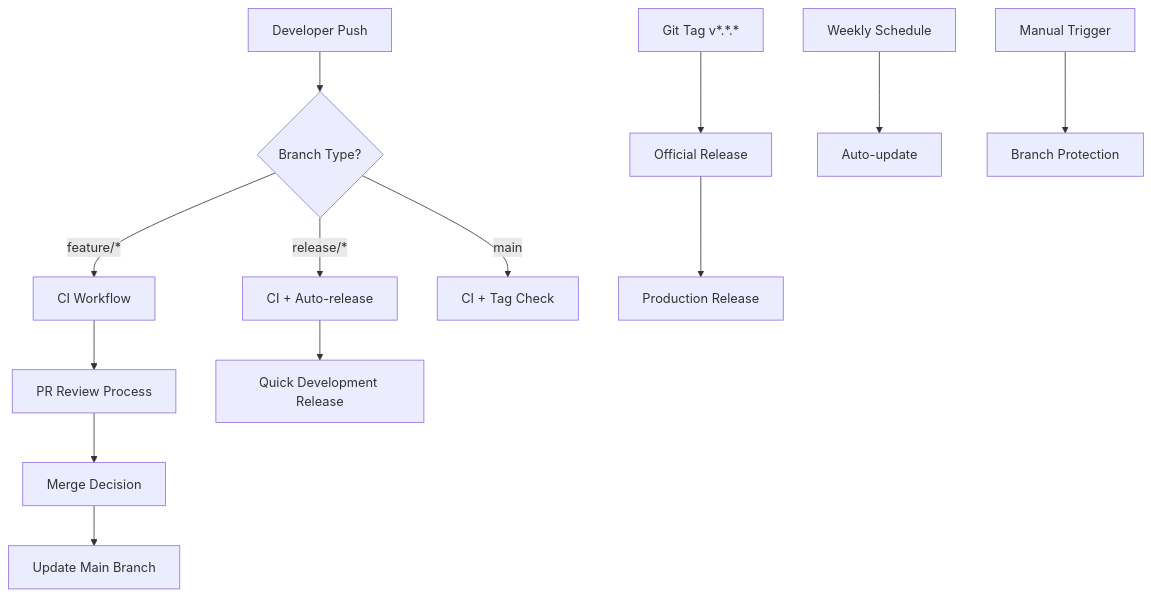
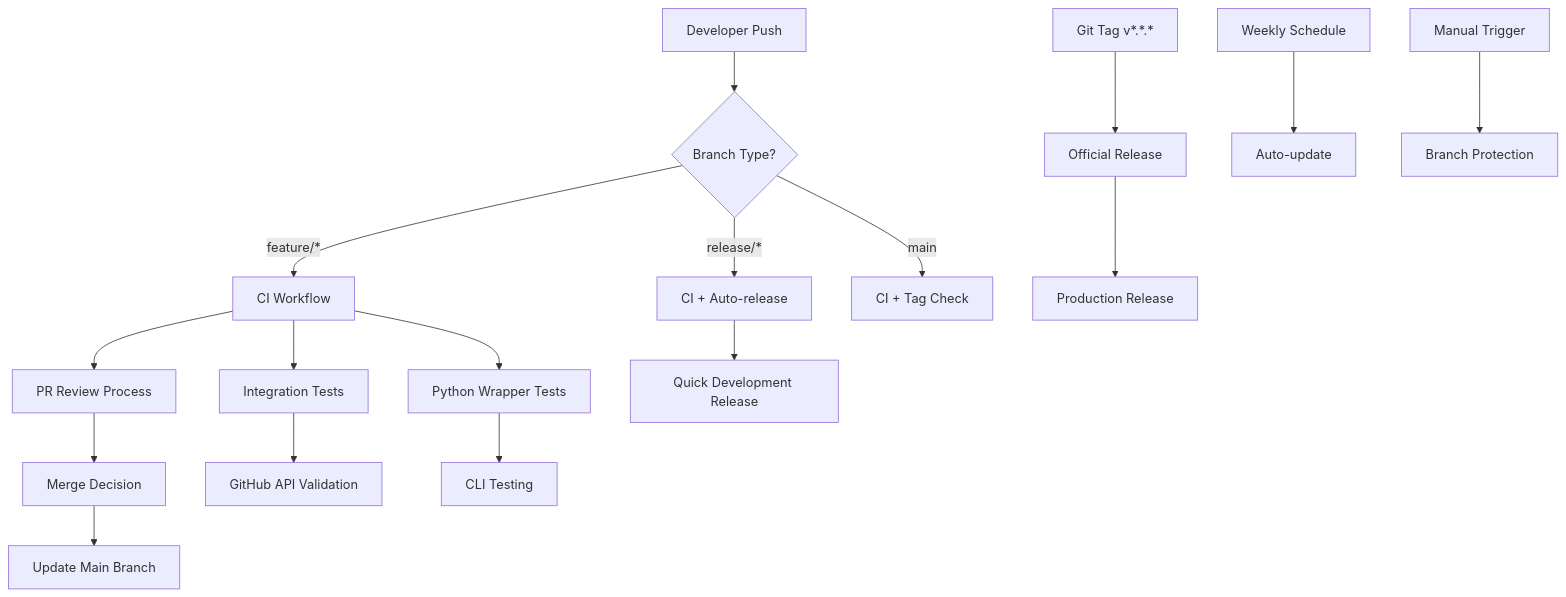
One commit to hugo-valle/classroom-pilot changed the diagram in .github/README.md. Above: the diagram before and after it, drawn with Mermaid. The commit also changed other lines of this file, not shown here.

First line of the commit message:
docs: update workflow documentation for modular architecture

````diff
--- a/.github/README.md
+++ b/.github/README.md
@@ -405,20 +610,25 @@
 ```mermaid
 graph TD
     A[Developer Push] --> B{Branch Type?}
     B -->|feature/*| C[CI Workflow]
     B -->|release/*| D[CI + Auto-release]
     B -->|main| E[CI + Tag Check]
     
     F[Git Tag v*.*.*] --> G[Official Release]
     
     H[Weekly Schedule] --> I[Auto-update]
     
     J[Manual Trigger] --> K[Branch Protection]
     
     C --> L[PR Review Process]
     D --> M[Quick Development Release]
     G --> N[Production Release]
     
     L --> O[Merge Decision]
     O --> P[Update Main Branch]
+    
+    C --> Q[Integration Tests]
+    C --> R[Python Wrapper Tests]
+    Q --> S[GitHub API Validation]
+    R --> T[CLI Testing]
 ```
````
